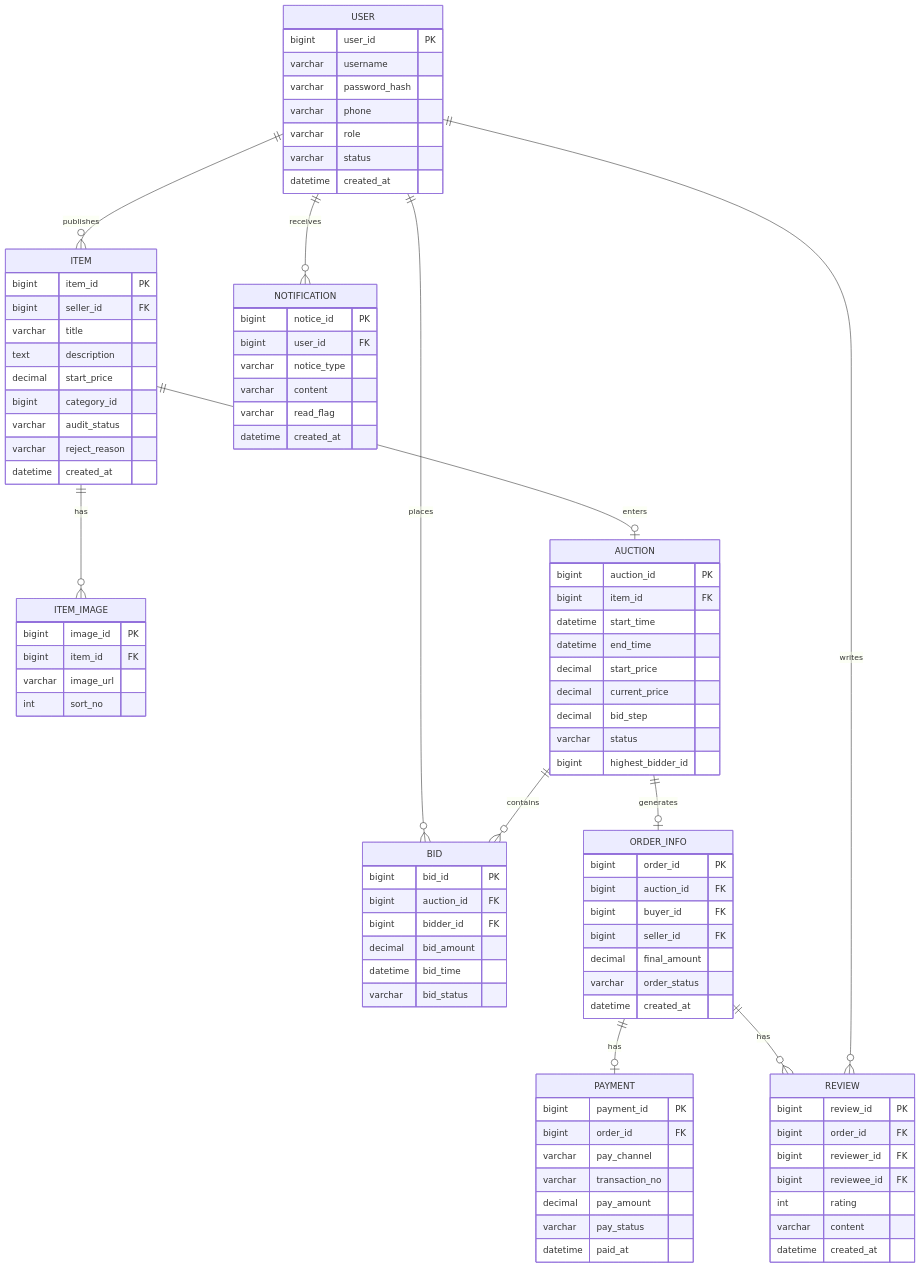
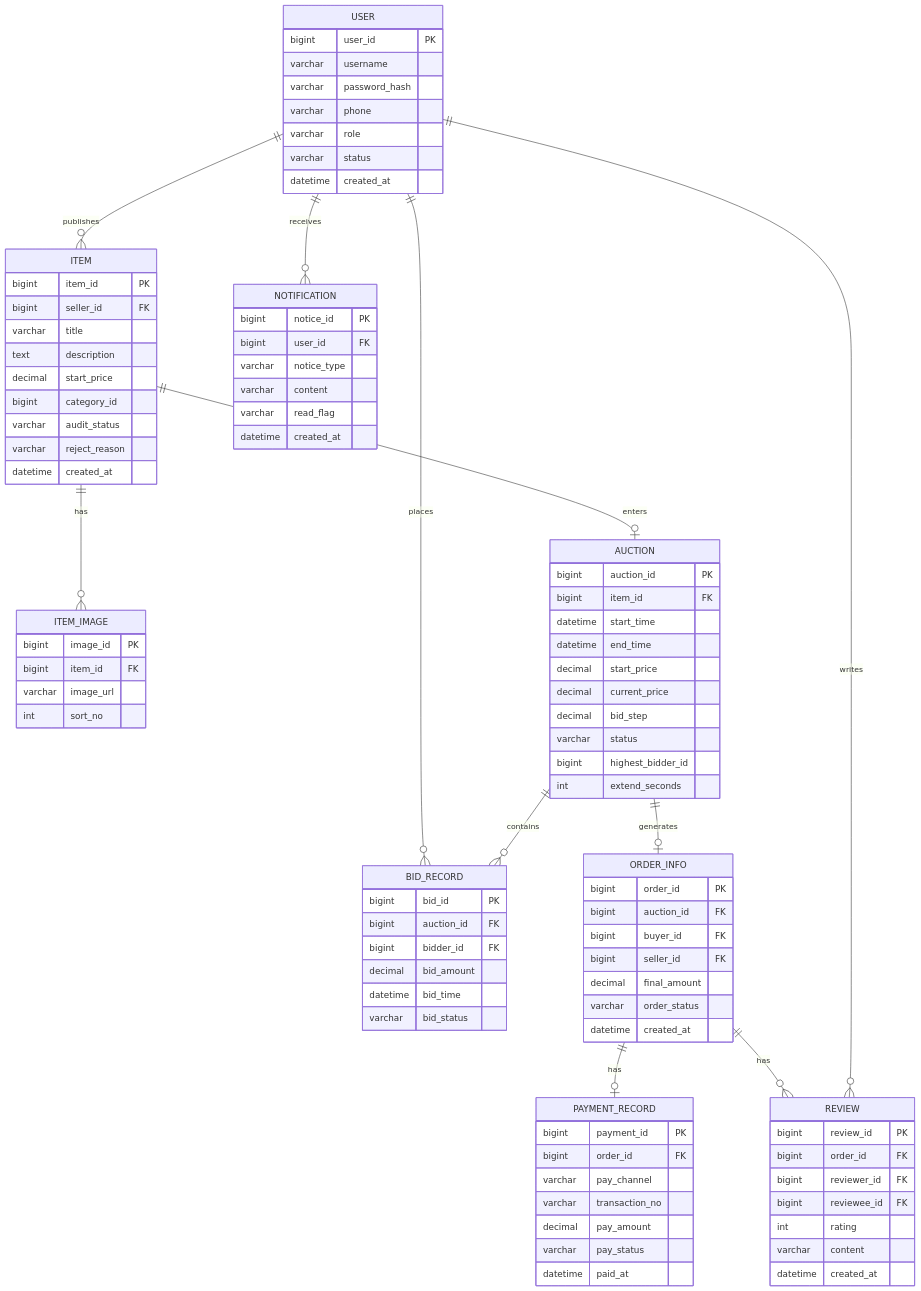
Before and after one commit to Ljh998244353/software_course_design: the seventh of 7 diagrams in docs/系统概要设计报告.md, drawn with Mermaid. The commit also changed other lines of this file and 926 other files, not shown here.

```diff
--- a/docs/系统概要设计报告.md
+++ b/docs/系统概要设计报告.md
@@ -393,10 +602,10 @@
     USER ||--o{ ITEM : publishes
     ITEM ||--o{ ITEM_IMAGE : has
     ITEM ||--o| AUCTION : enters
-    USER ||--o{ BID : places
-    AUCTION ||--o{ BID : contains
+    USER ||--o{ BID_RECORD : places
+    AUCTION ||--o{ BID_RECORD : contains
     AUCTION ||--o| ORDER_INFO : generates
-    ORDER_INFO ||--o| PAYMENT : has
+    ORDER_INFO ||--o| PAYMENT_RECORD : has
     ORDER_INFO ||--o{ REVIEW : has
     USER ||--o{ REVIEW : writes
     USER ||--o{ NOTIFICATION : receives
@@ -440,9 +649,10 @@
         decimal bid_step
         varchar status
         bigint highest_bidder_id
+        int extend_seconds
     }
 
-    BID {
+    BID_RECORD {
         bigint bid_id PK
         bigint auction_id FK
         bigint bidder_id FK
@@ -461,7 +671,7 @@
         datetime created_at
     }
 
-    PAYMENT {
+    PAYMENT_RECORD {
         bigint payment_id PK
         bigint order_id FK
         varchar pay_channel
```
